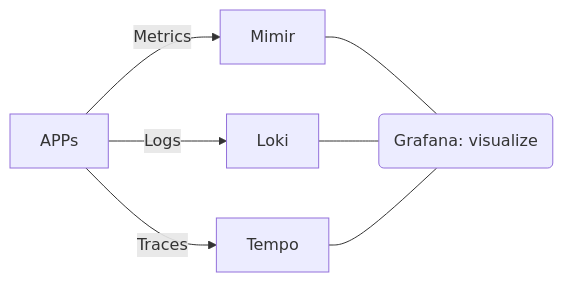
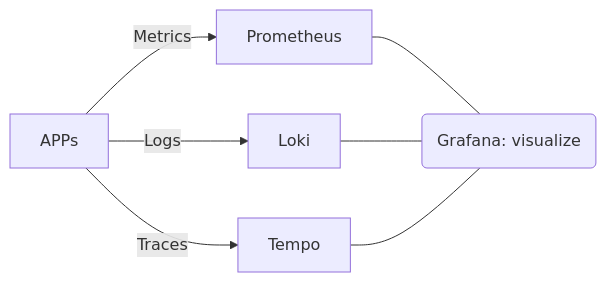
One commit to cero-t/spring-store-2026 changed the second of 2 diagrams in README.md. Above: the diagram before and after it, drawn with Mermaid. The commit also changed other lines of this file and 5 other files, not shown here.

````diff
--- a/README.md
+++ b/README.md
@@ -26,9 +26,9 @@
 ```mermaid
 flowchart LR
-  APPs -->|Metrics| Mimir
+  APPs -->|Metrics| Prometheus
   APPs -->|Logs| Loki
   APPs -->|Traces| Tempo
-  Mimir --- G(Grafana: visualize)
+  Prometheus --- G(Grafana: visualize)
   Loki --- G
   Tempo --- G
 ```
````
